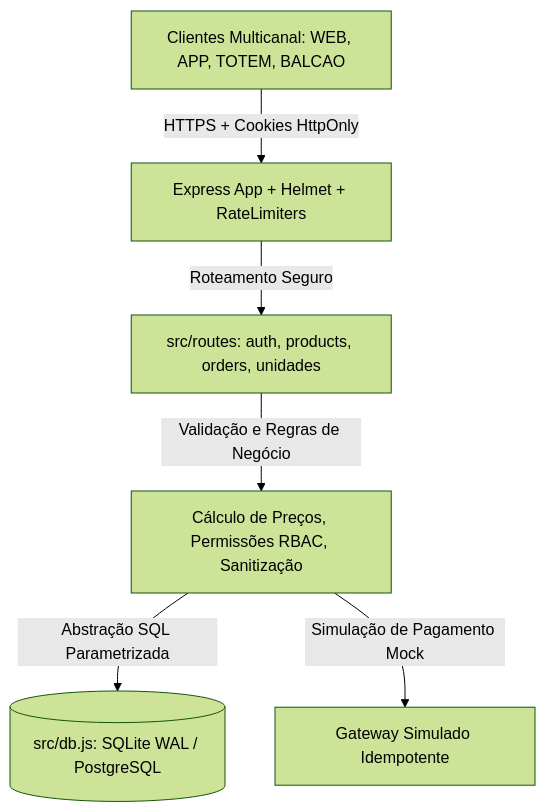
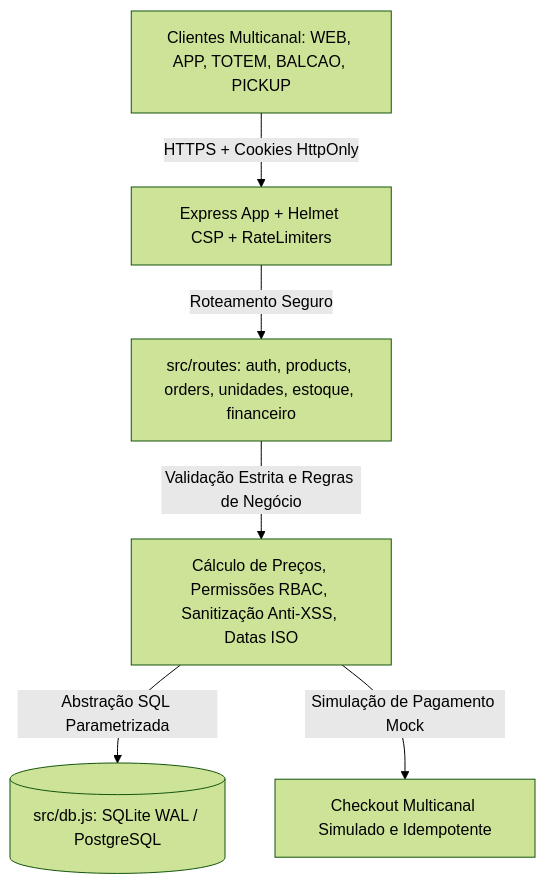
One commit to Finantza/raizes-do-nordeste changed the diagram in docs/relatorio-de-revisao-do-sistema.md. Above: the diagram before and after it, drawn with Mermaid (forest theme). The commit also changed other lines of this file and 39 other files, not shown here.

````diff
--- a/docs/relatorio-de-revisao-do-sistema.md
+++ b/docs/relatorio-de-revisao-do-sistema.md
@@ -49,8 +49,8 @@
 ```mermaid
 graph TD
-    Client[Clientes Multicanal: WEB, APP, TOTEM, BALCAO] -->|HTTPS + Cookies HttpOnly| ReverseProxy[Express App + Helmet + RateLimiters]
-    ReverseProxy -->|Roteamento Seguro| Routes[src/routes: auth, products, orders, unidades]
-    Routes -->|Validação e Regras de Negócio| Logic[Cálculo de Preços, Permissões RBAC, Sanitização]
-    Logic -->|Abstração SQL Parametrizada| DB[(src/db.js: SQLite WAL / PostgreSQL)]
-    Logic -->|Simulação de Pagamento Mock| MockPay[Gateway Simulado Idempotente]
+    Client["Clientes Multicanal: WEB, APP, TOTEM, BALCAO, PICKUP"] -->|HTTPS + Cookies HttpOnly| ReverseProxy["Express App + Helmet CSP + RateLimiters"]
+    ReverseProxy -->|Roteamento Seguro| Routes["src/routes: auth, products, orders, unidades, estoque, financeiro"]
+    Routes -->|Validação Estrita e Regras de Negócio| Logic["Cálculo de Preços, Permissões RBAC, Sanitização Anti-XSS, Datas ISO"]
+    Logic -->|Abstração SQL Parametrizada| DB[("src/db.js: SQLite WAL / PostgreSQL")]
+    Logic -->|Simulação de Pagamento Mock| MockPay["Checkout Multicanal Simulado e Idempotente"]
 ```
````
